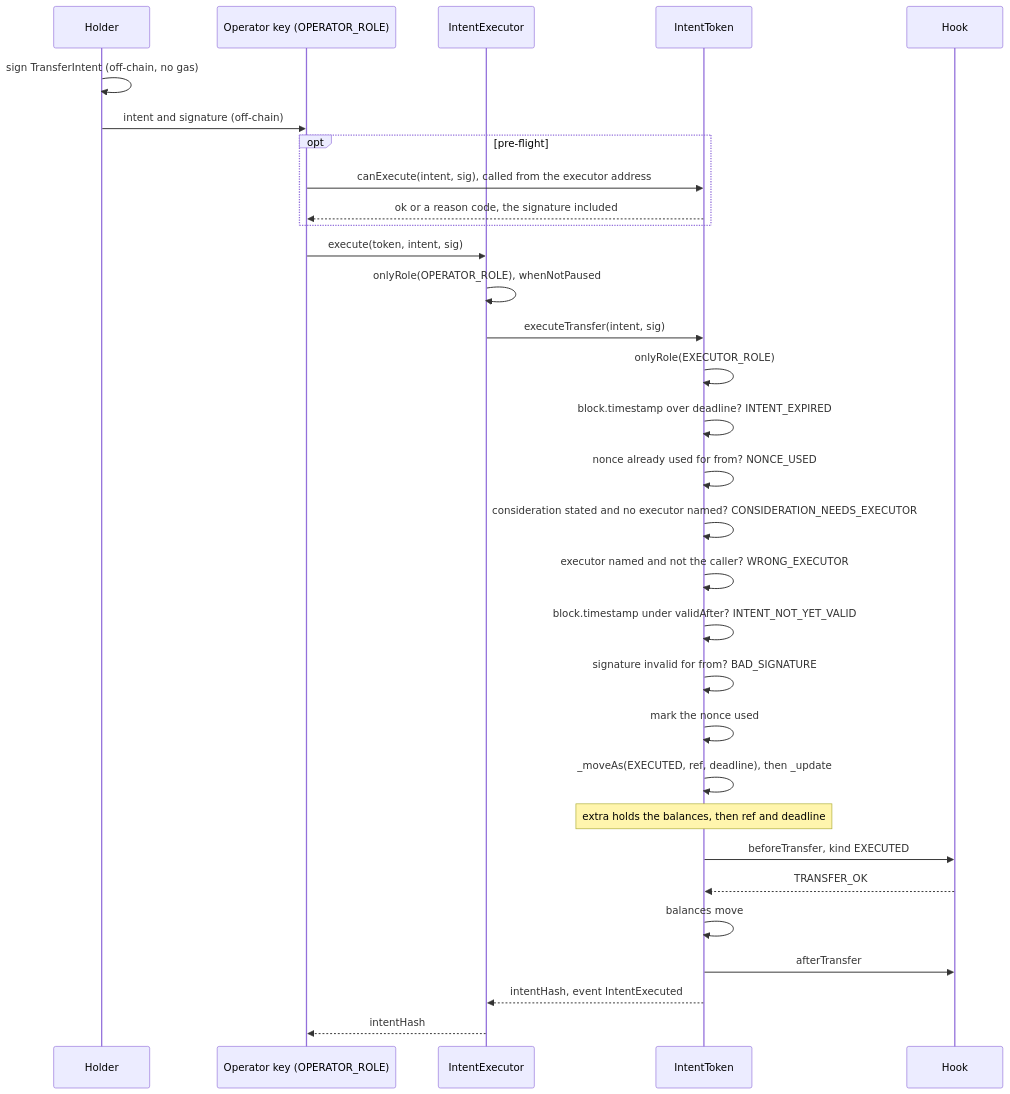
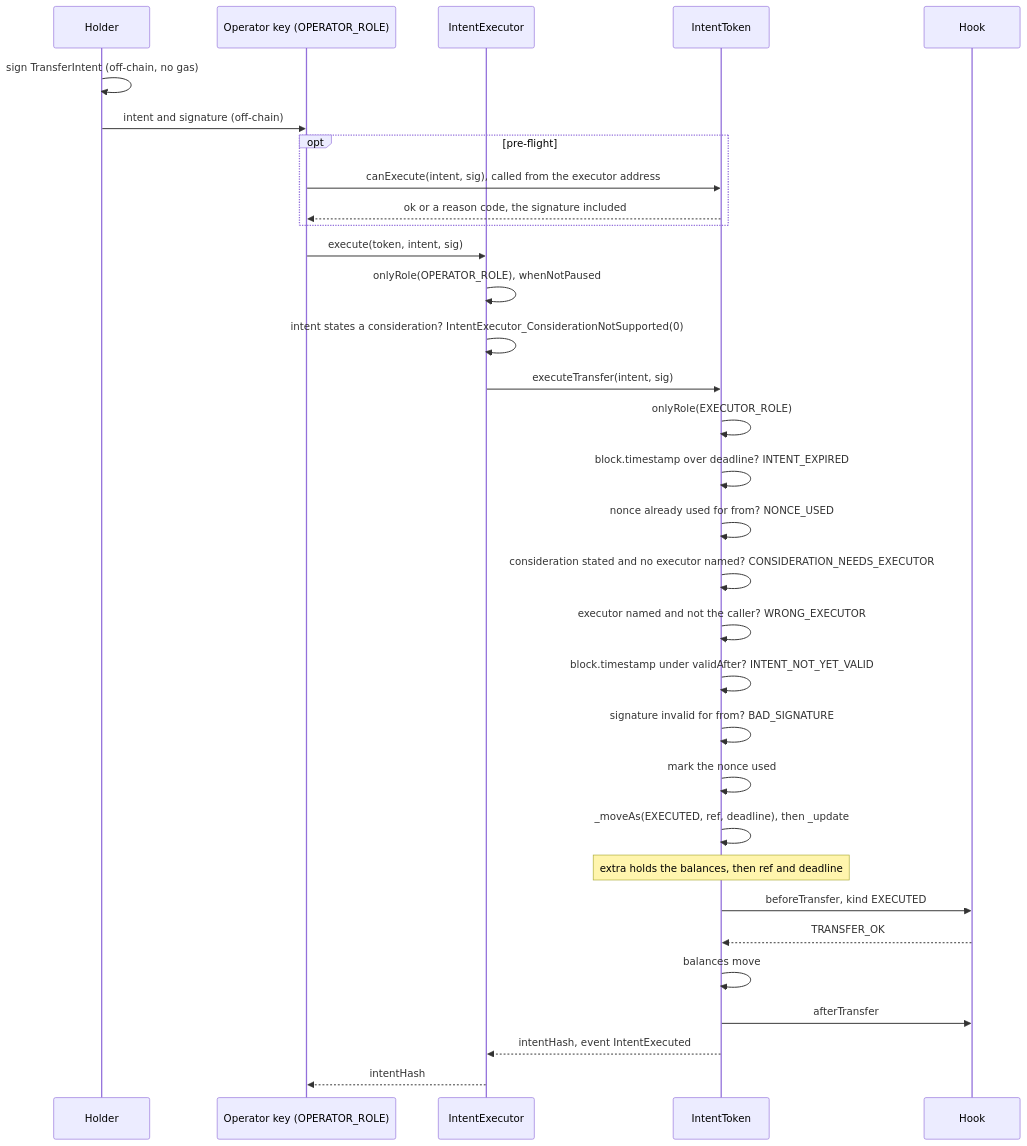
Before and after one commit to fepvenancio/rwa-token: the third of 7 diagrams in docs/flows-token.md, drawn with Mermaid. The commit also changed 10 other files, not shown here.

````diff
--- a/docs/flows-token.md
+++ b/docs/flows-token.md
@@ -102,34 +102,35 @@
 ```mermaid
 sequenceDiagram
   participant Ho as Holder
   participant Op as Operator key (OPERATOR_ROLE)
   participant Ex as IntentExecutor
   participant T as IntentToken
   participant H as Hook
 
   Ho->>Ho: sign TransferIntent (off-chain, no gas)
   Ho->>Op: intent and signature (off-chain)
   opt pre-flight
     Op->>T: canExecute(intent, sig), called from the executor address
     T-->>Op: ok or a reason code, the signature included
   end
   Op->>Ex: execute(token, intent, sig)
   Ex->>Ex: onlyRole(OPERATOR_ROLE), whenNotPaused
+  Ex->>Ex: intent states a consideration? IntentExecutor_ConsiderationNotSupported(0)
   Ex->>T: executeTransfer(intent, sig)
   T->>T: onlyRole(EXECUTOR_ROLE)
   T->>T: block.timestamp over deadline? INTENT_EXPIRED
   T->>T: nonce already used for from? NONCE_USED
   T->>T: consideration stated and no executor named? CONSIDERATION_NEEDS_EXECUTOR
   T->>T: executor named and not the caller? WRONG_EXECUTOR
   T->>T: block.timestamp under validAfter? INTENT_NOT_YET_VALID
   T->>T: signature invalid for from? BAD_SIGNATURE
   T->>T: mark the nonce used
   T->>T: _moveAs(EXECUTED, ref, deadline), then _update
   Note over T: extra holds the balances, then ref and deadline
   T->>H: beforeTransfer, kind EXECUTED
   H-->>T: TRANSFER_OK
   T->>T: balances move
   T->>H: afterTransfer
   T-->>Ex: intentHash, event IntentExecuted
   Ex-->>Op: intentHash
 ```
````
